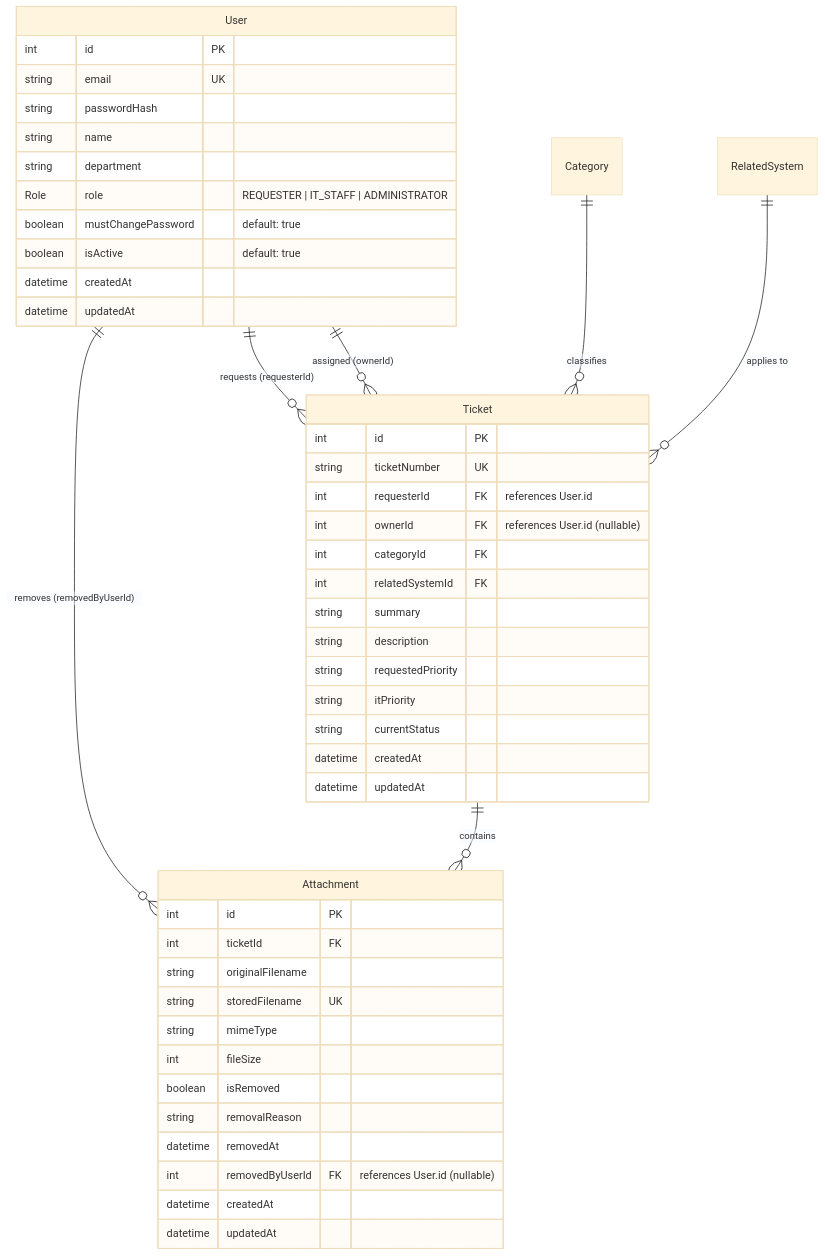
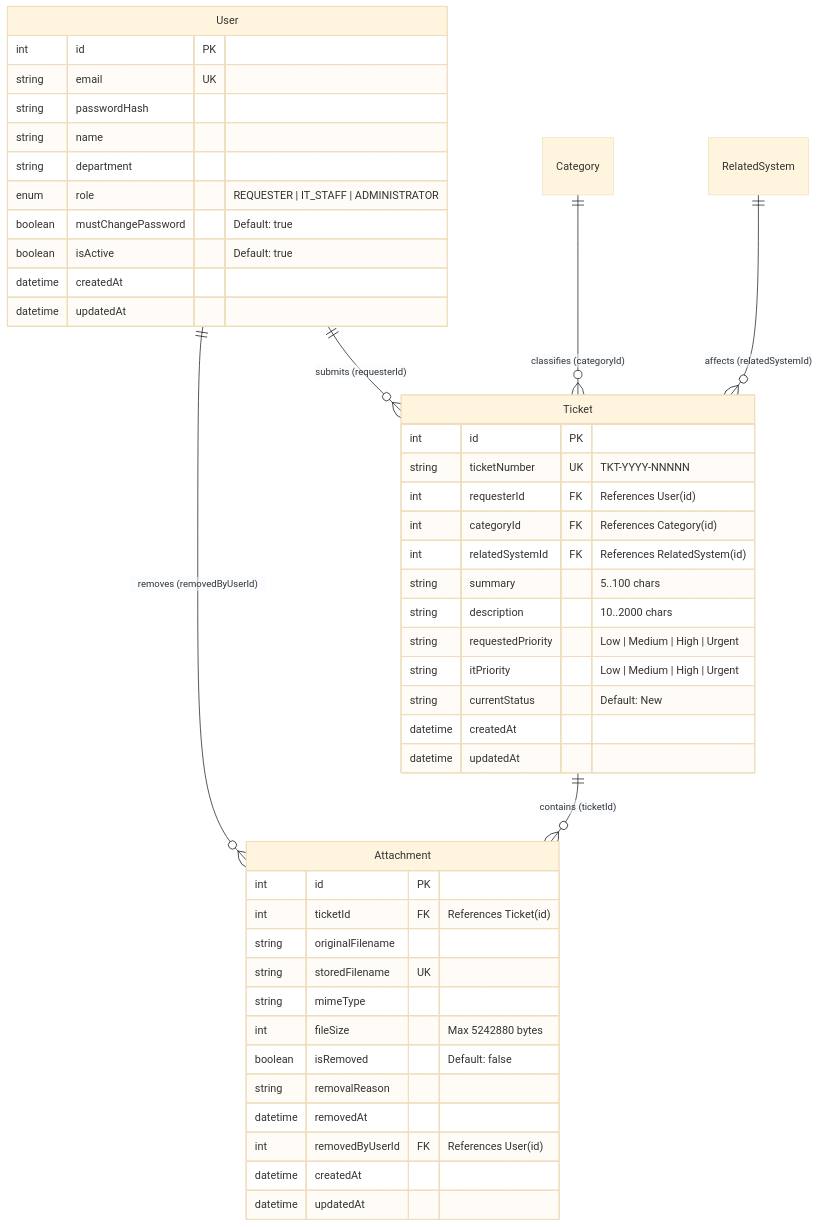
One commit to ShortXander101205/toktickit changed the second of 4 diagrams in docs/features/12-auth-and-shell/contract.md. Above: the diagram before and after it, drawn with Mermaid (base theme). The commit also changed other lines of this file and 23 other files, not shown here.

````diff
--- a/docs/features/12-auth-and-shell/contract.md
+++ b/docs/features/12-auth-and-shell/contract.md
@@ -135,53 +253,51 @@
 ```mermaid
 erDiagram
-    User ||--o{ Ticket : "requests (requesterId)"
-    User ||--o{ Ticket : "assigned (ownerId)"
+    User ||--o{ Ticket : "submits (requesterId)"
     User ||--o{ Attachment : "removes (removedByUserId)"
-    Category ||--o{ Ticket : "classifies"
-    RelatedSystem ||--o{ Ticket : "applies to"
-    Ticket ||--o{ Attachment : "contains"
+    Category ||--o{ Ticket : "classifies (categoryId)"
+    RelatedSystem ||--o{ Ticket : "affects (relatedSystemId)"
+    Ticket ||--o{ Attachment : "contains (ticketId)"
 
     User {
         int id PK
         string email UK
         string passwordHash
         string name
         string department
-        Role role "REQUESTER | IT_STAFF | ADMINISTRATOR"
-        boolean mustChangePassword "default: true"
-        boolean isActive "default: true"
+        enum role "REQUESTER | IT_STAFF | ADMINISTRATOR"
+        boolean mustChangePassword "Default: true"
+        boolean isActive "Default: true"
         datetime createdAt
         datetime updatedAt
     }
 
     Ticket {
         int id PK
-        string ticketNumber UK
-        int requesterId FK "references User.id"
-        int ownerId FK "references User.id (nullable)"
-        int categoryId FK
-        int relatedSystemId FK
-        string summary
-        string description
-        string requestedPriority
-        string itPriority
-        string currentStatus
+        string ticketNumber UK "TKT-YYYY-NNNNN"
+        int requesterId FK "References User(id)"
+        int categoryId FK "References Category(id)"
+        int relatedSystemId FK "References RelatedSystem(id)"
+        string summary "5..100 chars"
+        string description "10..2000 chars"
+        string requestedPriority "Low | Medium | High | Urgent"
+        string itPriority "Low | Medium | High | Urgent"
+        string currentStatus "Default: New"
         datetime createdAt
         datetime updatedAt
     }
 
     Attachment {
         int id PK
-        int ticketId FK
+        int ticketId FK "References Ticket(id)"
         string originalFilename
         string storedFilename UK
         string mimeType
-        int fileSize
-        boolean isRemoved
+        int fileSize "Max 5242880 bytes"
+        boolean isRemoved "Default: false"
         string removalReason
         datetime removedAt
-        int removedByUserId FK "references User.id (nullable)"
+        int removedByUserId FK "References User(id)"
         datetime createdAt
         datetime updatedAt
     }
 ```
````
